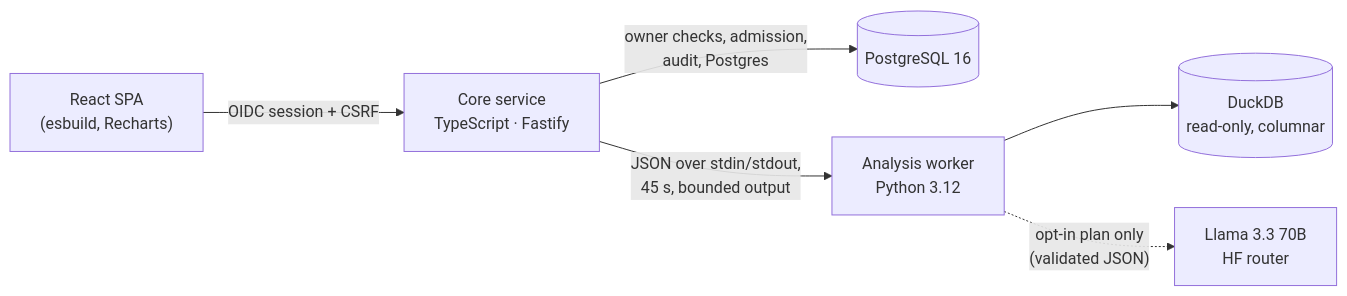
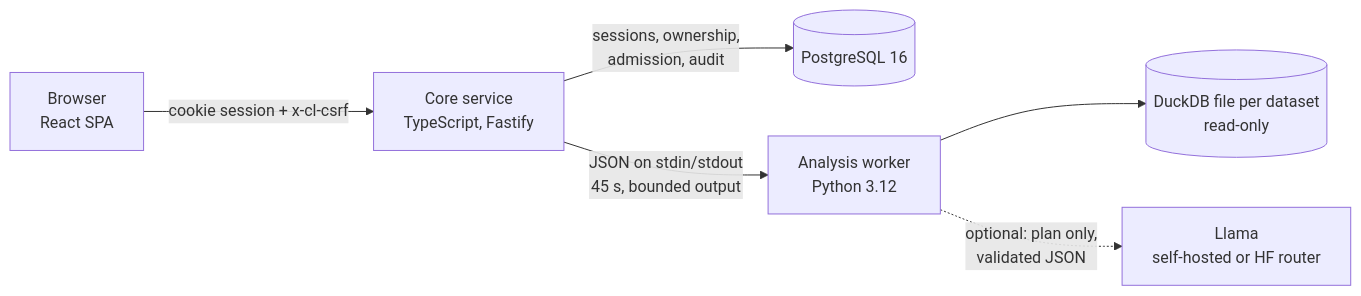
One commit to mesely/DataAnalyticsToolv2 changed the diagram in README.md. Above: the diagram before and after it, drawn with Mermaid. The commit also changed other lines of this file and 8 other files, not shown here.

````diff
--- a/README.md
+++ b/README.md
@@ -130,8 +109,8 @@
 ```mermaid
 flowchart LR
-  UI["React SPA<br/>(esbuild, Recharts)"] -- "OIDC session + CSRF" --> CORE["Core service<br/>TypeScript · Fastify"]
-  CORE -- "owner checks, admission,<br/>audit, Postgres" --> PG[(PostgreSQL 16)]
-  CORE -- "JSON over stdin/stdout,<br/>45 s, bounded output" --> W["Analysis worker<br/>Python 3.12"]
-  W --> DDB[("DuckDB<br/>read-only, columnar")]
-  W -. "opt-in plan only<br/>(validated JSON)" .-> LLM["Llama 3.3 70B<br/>HF router"]
+  B["Browser<br/>React SPA"] -- "cookie session + x-cl-csrf" --> C["Core service<br/>TypeScript, Fastify"]
+  C -- "sessions, ownership,<br/>admission, audit" --> P[(PostgreSQL 16)]
+  C -- "JSON on stdin/stdout<br/>45 s, bounded output" --> W["Analysis worker<br/>Python 3.12"]
+  W --> D[("DuckDB file per dataset<br/>read-only")]
+  W -. "optional: plan only,<br/>validated JSON" .-> L["Llama<br/>self-hosted or HF router"]
 ```
````
